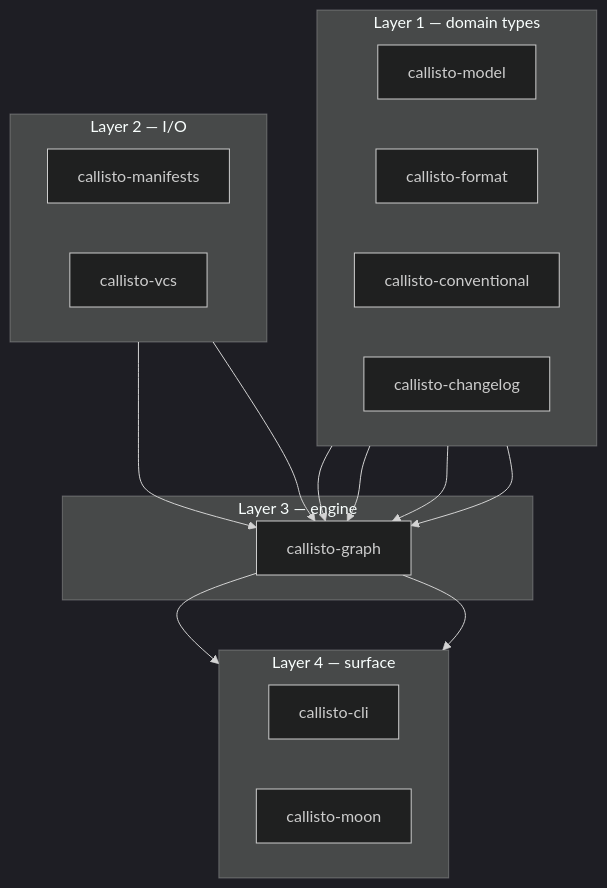
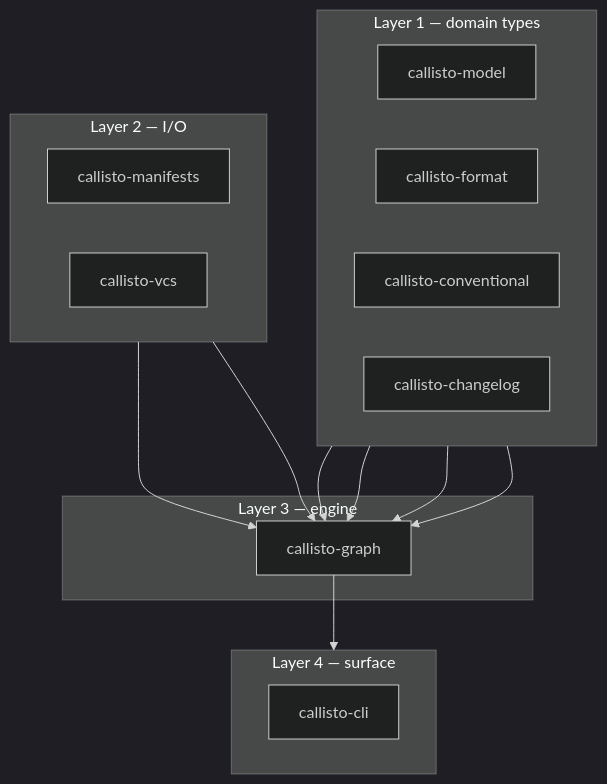
Before and after one commit to orin-dx/callisto: the diagram in README.md, drawn with Mermaid (dark theme). The commit also changed other lines of this file and 112 other files, not shown here.

````diff
--- a/README.md
+++ b/README.md
@@ -256,31 +283,29 @@
 ```mermaid
 graph TB
   subgraph L1["Layer 1 — domain types"]
     direction LR
     model["callisto-model"]
     format["callisto-format"]
     conventional["callisto-conventional"]
     changelog["callisto-changelog"]
   end
   subgraph L2["Layer 2 — I/O"]
     direction LR
     manifests["callisto-manifests"]
     vcs["callisto-vcs"]
   end
   subgraph L3["Layer 3 — engine"]
     graph_["callisto-graph"]
   end
   subgraph L4["Layer 4 — surface"]
     direction LR
     cli["callisto-cli"]
-    moon["callisto-moon"]
   end
   model --> graph_
   format --> graph_
   conventional --> graph_
   changelog --> graph_
   manifests --> graph_
   vcs --> graph_
   graph_ --> cli
-  graph_ --> moon
 ```
````
